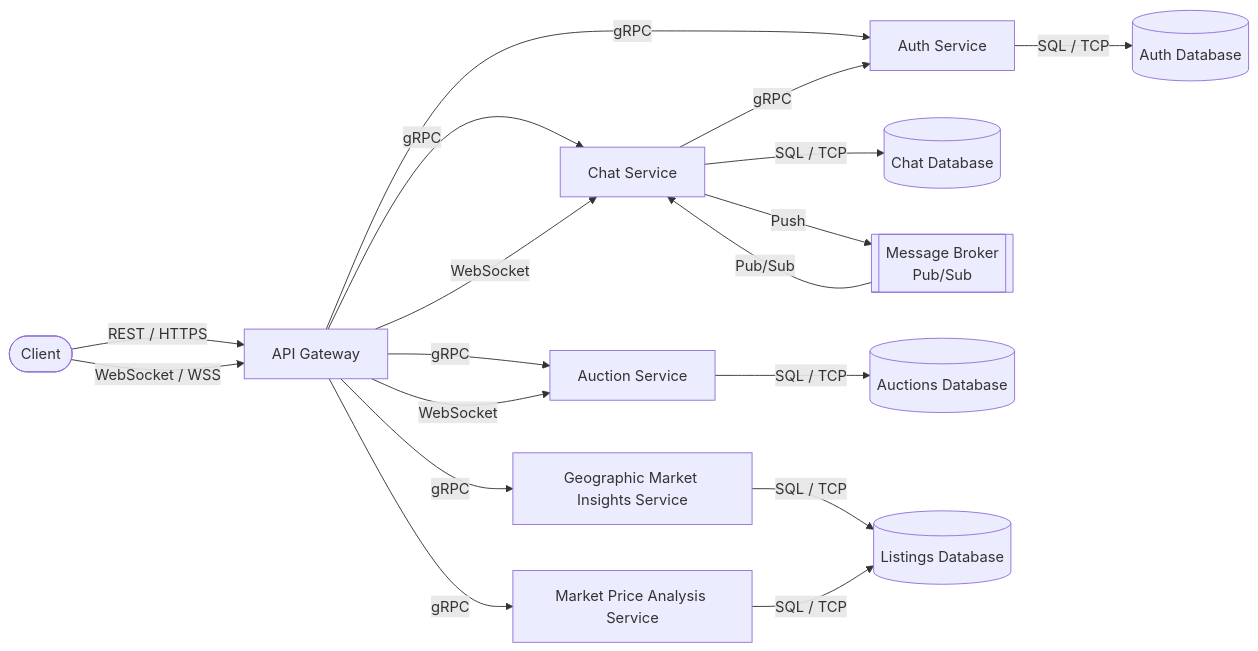
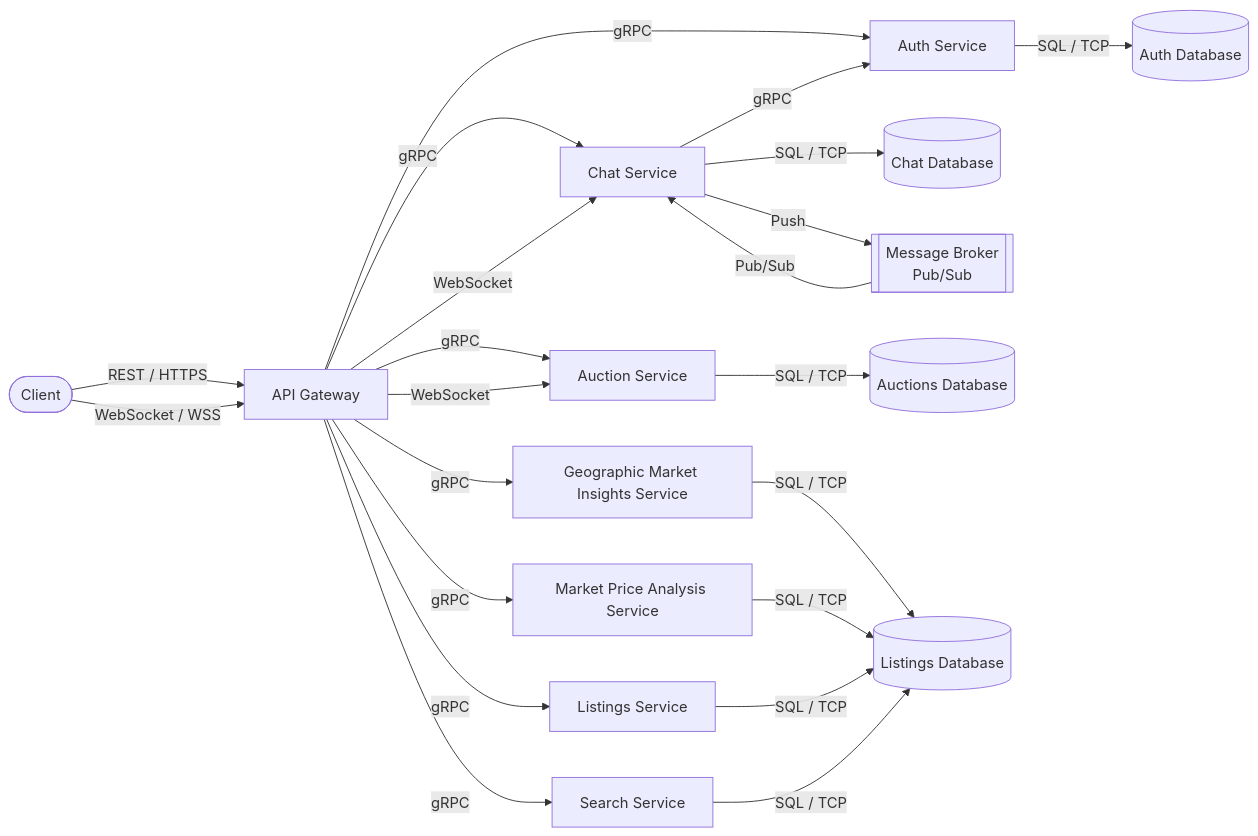
Before and after one commit to cheestree/kloud-motors: the diagram in docs/phase-3.md, drawn with Mermaid.

Commit message:
Updated mermaid diagram with Listing and Search

````diff
--- a/docs/phase-3.md
+++ b/docs/phase-3.md
@@ -140,47 +140,56 @@
 ```mermaid
 graph LR
     CLIENT([Client])
     API[API Gateway]
 
     AUTH[Auth Service]
     AUTH_DB[(Auth Database)]
     
     CHAT[Chat Service]
     CHAT_DB[(Chat Database)]
     MESSAGE_BROKER[[Message Broker<br/>Pub/Sub]]
     
     GEO_MARKET[Geographic Market Insights Service]
     
     MARKET_PRICE[Market Price Analysis Service]
     
     AUCTION[Auction Service]
     AUCTION_DB[(Auctions Database)]
 
+    LISTINGS[Listings Service]
+    SEARCH[Search Service]
+
     DB[(Listings Database)]
 
     CLIENT -- REST / HTTPS --> API
     CLIENT -- WebSocket / WSS --> API
 
     API -- gRPC --> AUTH
 
     API -- gRPC --> CHAT
     API -- WebSocket --> CHAT
 
     API -- gRPC --> GEO_MARKET
     API -- gRPC --> MARKET_PRICE
     
     API -- gRPC --> AUCTION
     API -- WebSocket --> AUCTION
 
+    API -- gRPC --> LISTINGS
+    API -- gRPC --> SEARCH
+
     AUTH -- SQL / TCP --> AUTH_DB
 
     MESSAGE_BROKER -- Pub/Sub --> CHAT
     CHAT -- Push --> MESSAGE_BROKER
     CHAT -- gRPC --> AUTH
 
     GEO_MARKET -- SQL / TCP --> DB
     MARKET_PRICE -- SQL / TCP --> DB
 
     CHAT -- SQL / TCP --> CHAT_DB
     AUCTION -- SQL / TCP --> AUCTION_DB
+
+    LISTINGS -- SQL / TCP --> DB
+    SEARCH -- SQL / TCP --> DB
 ```
````
